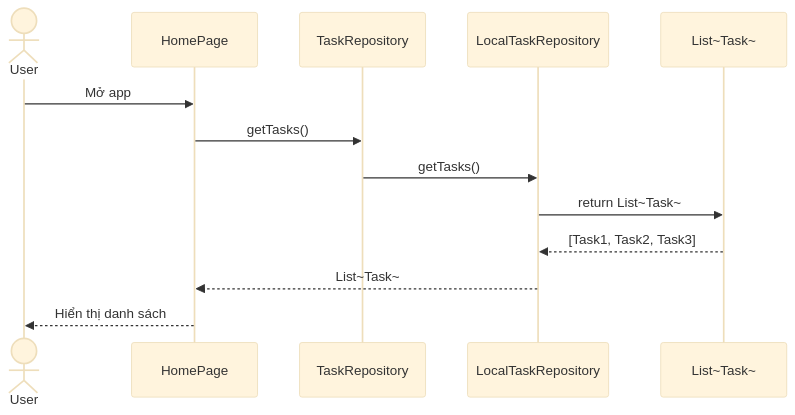
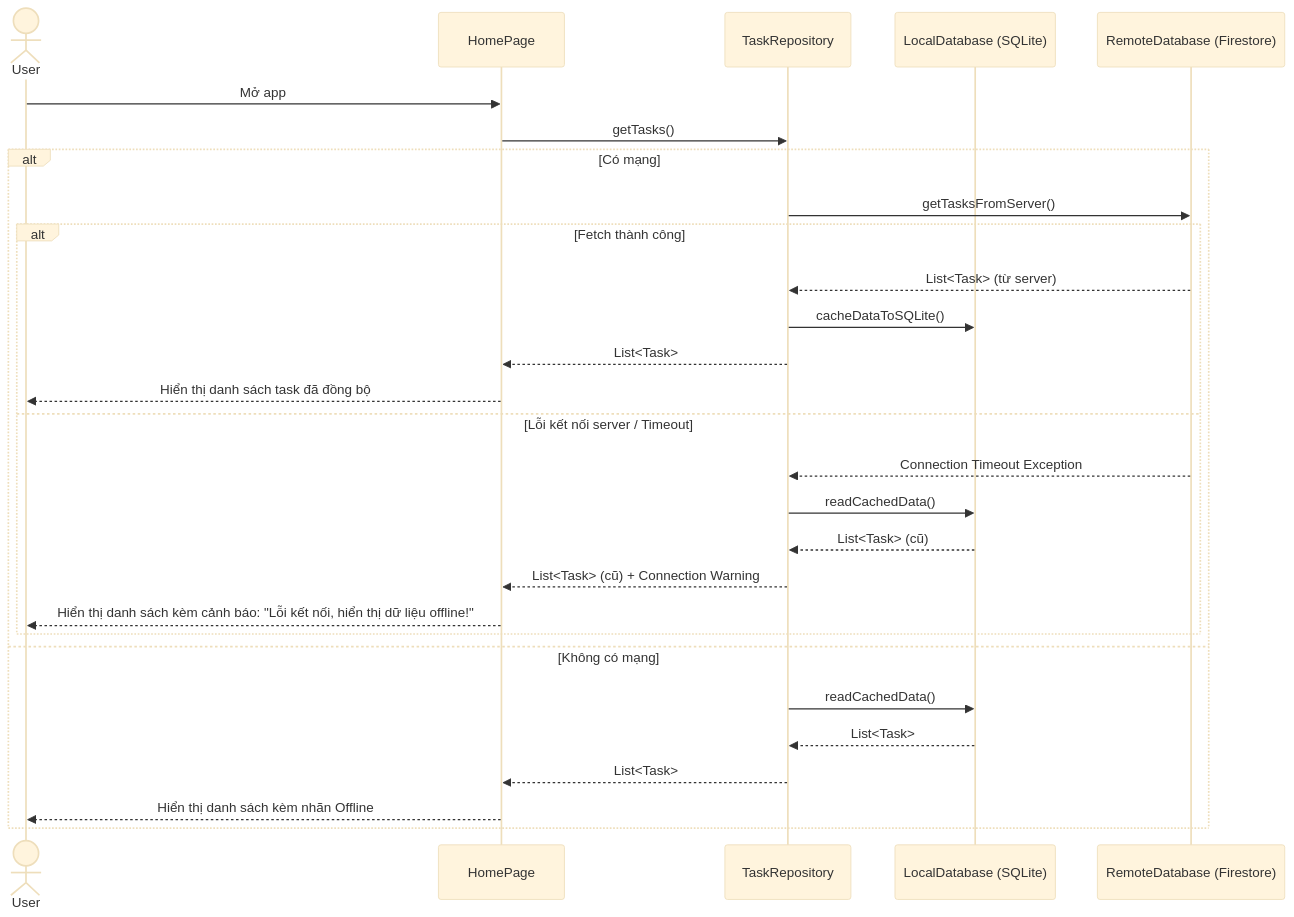
The tenth of 19 diagrams in docs/uml_va_luong_hoat_dong.md (ttt-huong/TaskFlow_Huong_Thuong_Cuong_N03_1_2026), drawn with Mermaid (base theme) before and after one commit. The commit also changed other lines of this file and 15 other files, not shown here.

Commit message:
feat & fix: Ket noi Firebase, hoan thien luong du lieu Dual Storage (SQLite + Firestore) va sua loi trong assigneeName, assigneeAvatar

````diff
--- a/docs/uml_va_luong_hoat_dong.md
+++ b/docs/uml_va_luong_hoat_dong.md
@@ -344,16 +349,32 @@
 ```mermaid
 sequenceDiagram
     actor User
     participant UI as HomePage
     participant Repo as TaskRepository
-    participant Local as LocalTaskRepository
-    participant Data as List~Task~
+    participant SQLite as LocalDatabase (SQLite)
+    participant Cloud as RemoteDatabase (Firestore)
 
     User->>UI: Mở app
     UI->>Repo: getTasks()
-    Repo->>Local: getTasks()
-    Local->>Data: return List~Task~
-    Data-->>Local: [Task1, Task2, Task3]
-    Local-->>UI: List~Task~
-    UI-->>User: Hiển thị danh sách
+    
+    alt Có mạng
+        Repo->>Cloud: getTasksFromServer()
+        alt Fetch thành công
+            Cloud-->>Repo: List<Task> (từ server)
+            Repo->>SQLite: cacheDataToSQLite()
+            Repo-->>UI: List<Task>
+            UI-->>User: Hiển thị danh sách task đã đồng bộ
+        else Lỗi kết nối server / Timeout
+            Cloud-->>Repo: Connection Timeout Exception
+            Repo->>SQLite: readCachedData()
+            SQLite-->>Repo: List<Task> (cũ)
+            Repo-->>UI: List<Task> (cũ) + Connection Warning
+            UI-->>User: Hiển thị danh sách kèm cảnh báo: "Lỗi kết nối, hiển thị dữ liệu offline!"
+        end
+    else Không có mạng
+        Repo->>SQLite: readCachedData()
+        SQLite-->>Repo: List<Task>
+        Repo-->>UI: List<Task>
+        UI-->>User: Hiển thị danh sách kèm nhãn Offline
+    end
 ```
````
